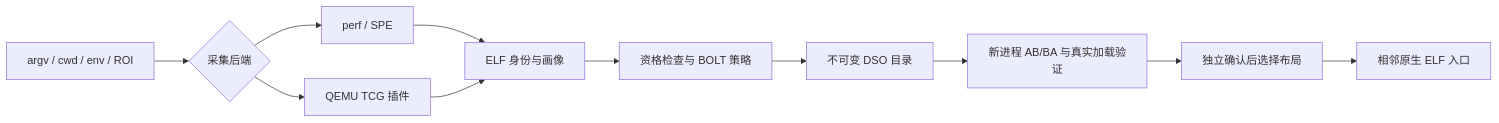
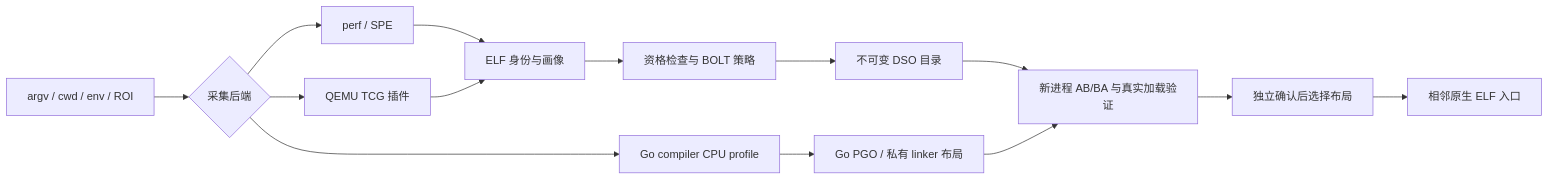
One commit to chiro2001/trace-guided-optimization changed the diagram in docs/ARCHITECTURE.md. Above: the diagram before and after it, drawn with Mermaid. The commit also changed other lines of this file and 10 other files, not shown here.

````diff
--- a/docs/ARCHITECTURE.md
+++ b/docs/ARCHITECTURE.md
@@ -6,13 +6,16 @@
 ```mermaid
 flowchart LR
   A[argv / cwd / env / ROI] --> B{采集后端}
   B --> P[perf / SPE]
   B --> Q[QEMU TCG 插件]
+  B --> J[Go compiler CPU profile]
   P --> C[ELF 身份与画像]
   Q --> C
   C --> D[资格检查与 BOLT 策略]
+  J --> K[Go PGO / 私有 linker 布局]
   D --> E[不可变 DSO 目录]
   E --> F[新进程 AB/BA 与真实加载验证]
+  K --> F
   F --> G[独立确认后选择布局]
   G --> H[相邻原生 ELF 入口]
 ```
````
